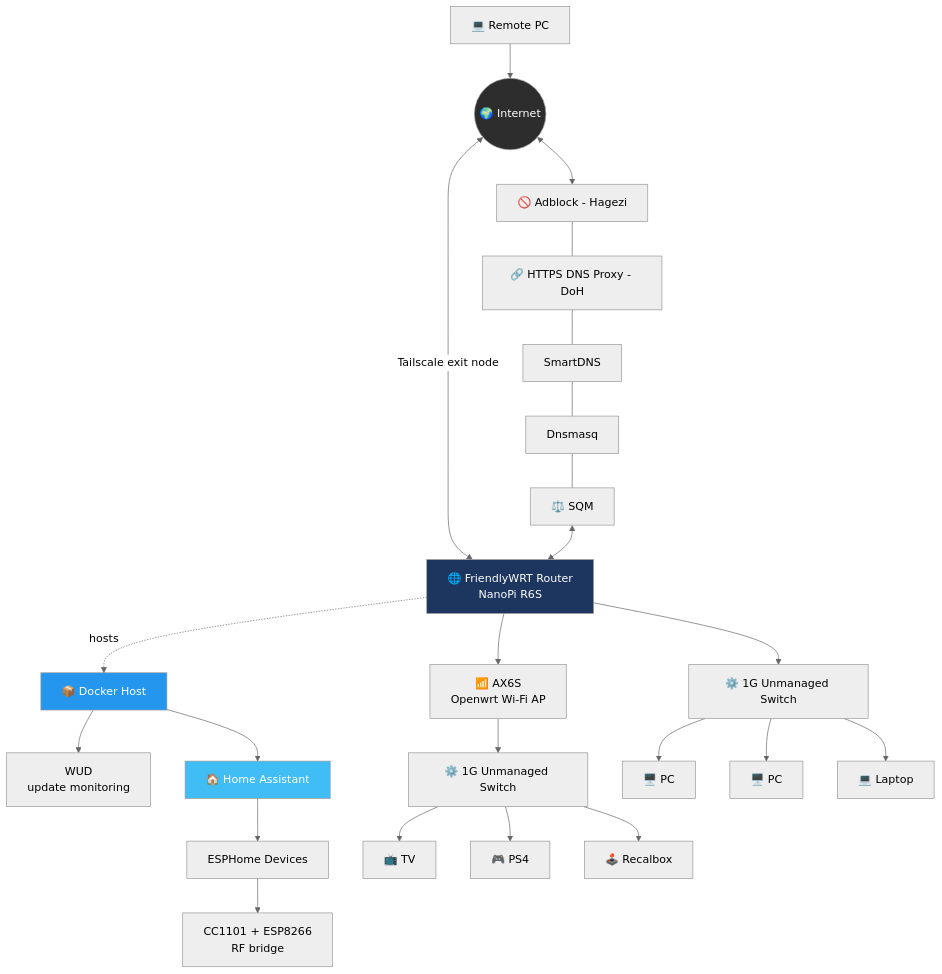
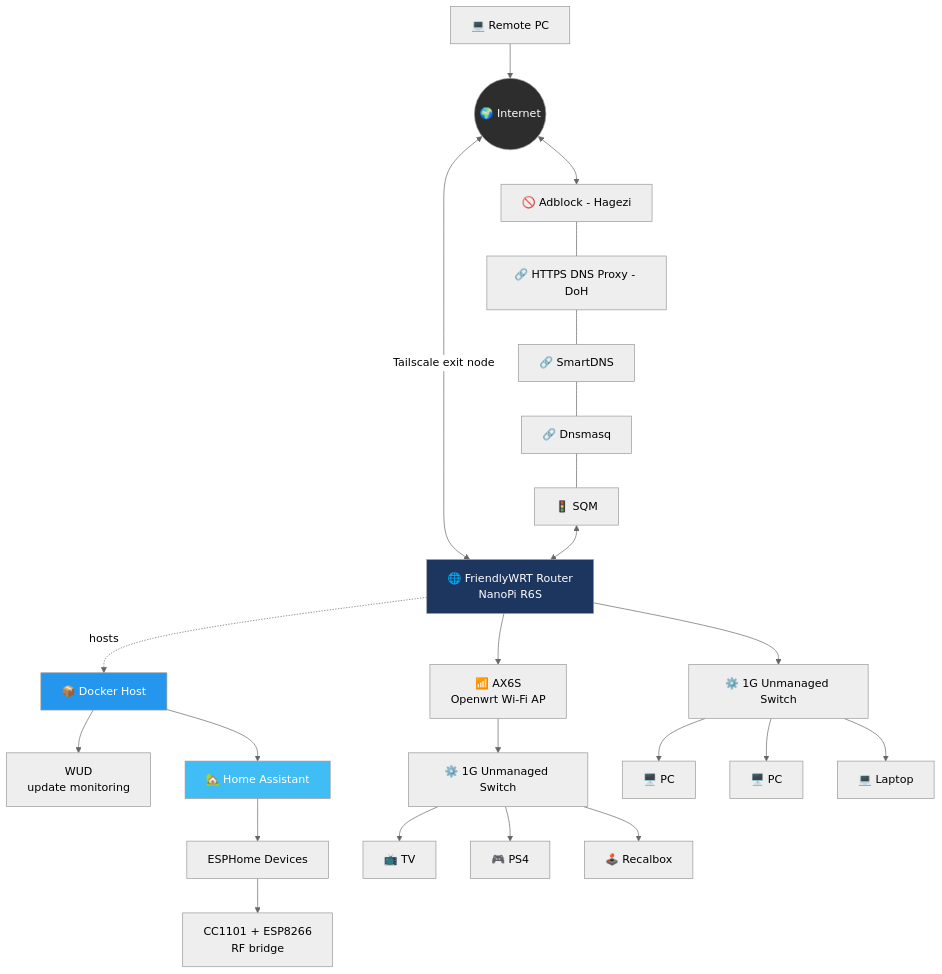
The diagram in README.md (anilgunduzz/myhomelab), drawn with Mermaid (neutral theme) before and after one commit.

Commit message:
Revise labels in README for network components
Updated labels in the README for clarity and consistency.

````diff
--- a/README.md
+++ b/README.md
@@ -44,35 +44,35 @@
 ```mermaid
 flowchart TD
     NET(("🌍 Internet"))
     REMOTE["💻 Remote PC"] --> NET
     NET <-->|Tailscale exit node| R6S
 
     NET <--> ADB["🚫 Adblock - Hagezi"]
     ADB --- DOH["🔗 HTTPS DNS Proxy - DoH"]
-    DOH --- SDNS["SmartDNS"]
-    SDNS --- DNSM["Dnsmasq"]
-    DNSM --- SQM["⚖️ SQM"]
+    DOH --- SDNS["🔗 SmartDNS"]
+    SDNS --- DNSM["🔗 Dnsmasq"]
+    DNSM --- SQM["🚦 SQM"]
     SQM <--> R6S["🌐 FriendlyWRT Router<br/>NanoPi R6S"]
 
     R6S -.->|hosts| DOCKER["📦 Docker Host"]
     DOCKER --> WUD["WUD<br/>update monitoring"]
-    DOCKER --> HA["🏠 Home Assistant"]
+    DOCKER --> HA["🏡 Home Assistant"]
     HA --> ESP["ESPHome Devices"]
     ESP --> RF["CC1101 + ESP8266<br/>RF bridge"]
 
     R6S --> AX6S["📶 AX6S<br/>Openwrt Wi-Fi AP"]
     AX6S --> SW1["⚙️ 1G Unmanaged Switch"]
     SW1 --> TV["📺 TV"]
     SW1 --> PS4["🎮 PS4"]
     SW1 --> RECAL["🕹️ Recalbox"]
 
     R6S --> SW2["⚙️ 1G Unmanaged Switch"]
     SW2 --> PC1["🖥️ PC"]
     SW2 --> PC2["🖥️ PC"]
     SW2 --> LAP["💻 Laptop"]
 
     style R6S fill:#1D3660,color:#fff
     style DOCKER fill:#2496ED,color:#fff
     style HA fill:#41BDF5,color:#fff
     style NET fill:#2d2d2d,color:#fff
 ```
````
